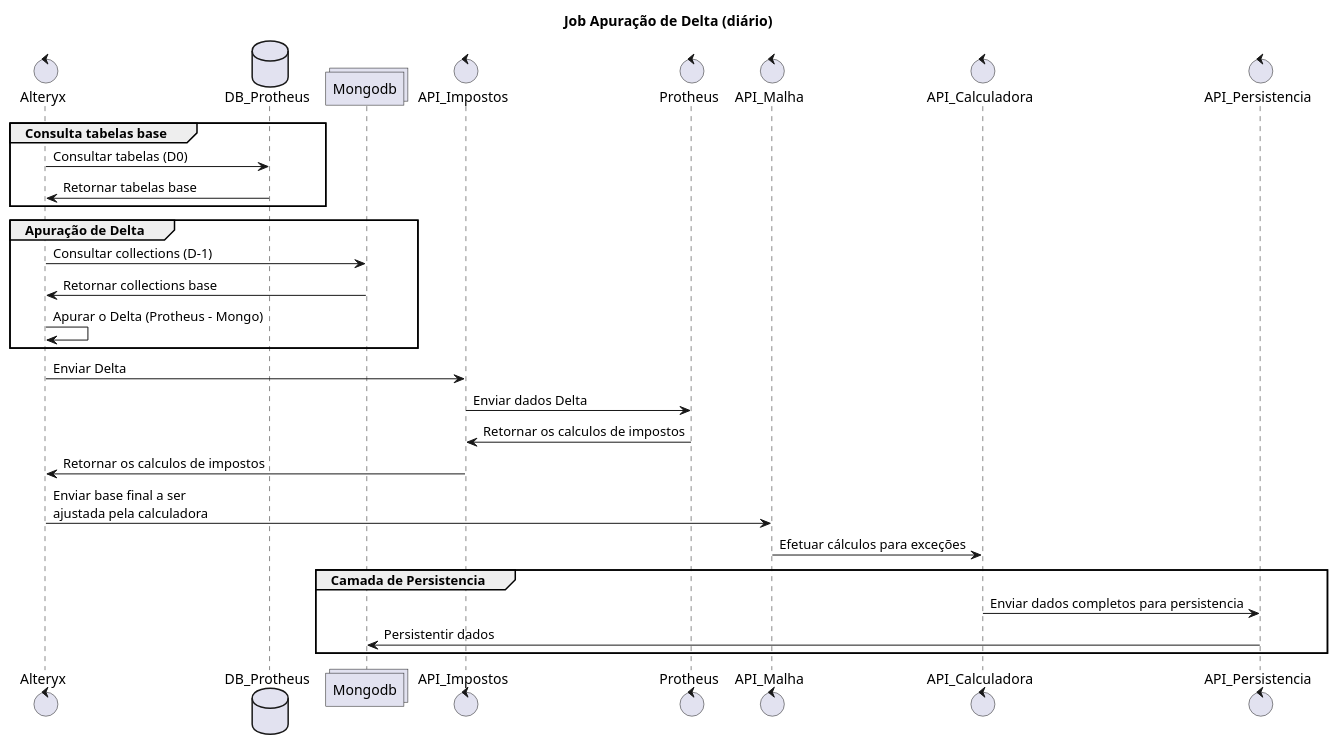
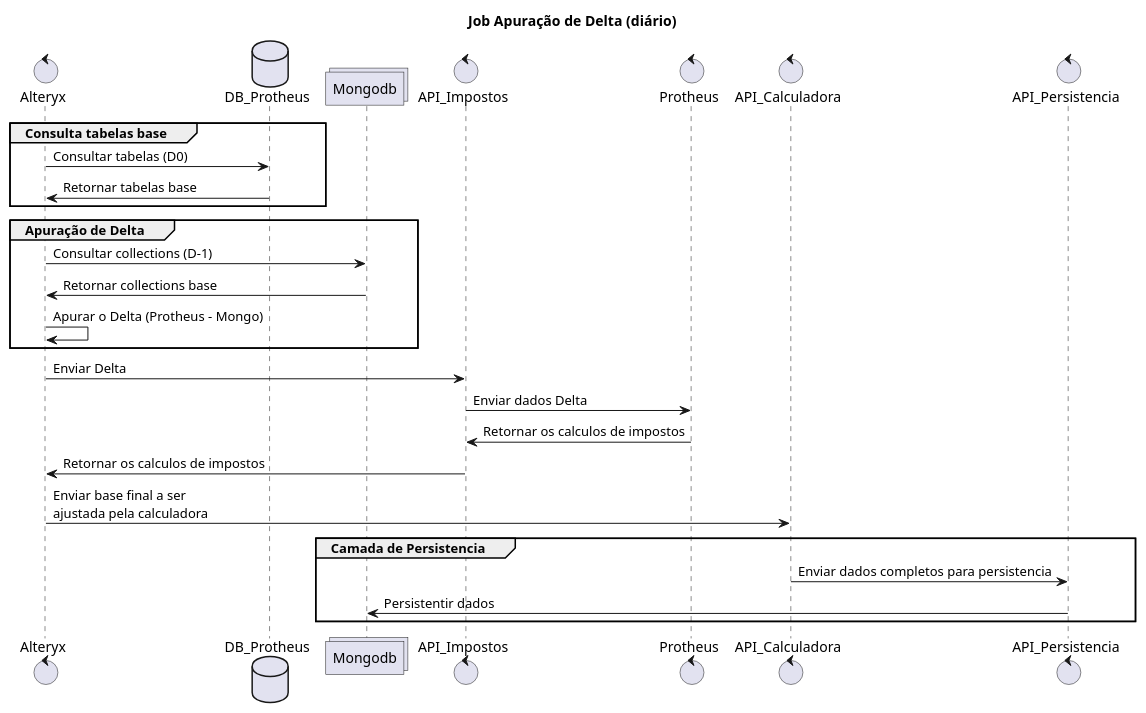
The diagram in diagrams/elfa/elfa-uc-diario.wsd (acnaweb/aidda), drawn with PlantUML before and after one commit. The commit also changed 9 other files, not shown here.

```diff
--- a/diagrams/elfa/elfa-uc-diario.wsd
+++ b/diagrams/elfa/elfa-uc-diario.wsd
@@ -1,35 +1,33 @@
 @startuml elfa-job-diario
 title Job Apuração de Delta (diário)
 
 control     Alteryx as job
 database    DB_Protheus as db
 collections Mongodb as mongo
 control     API_Impostos as api_imposto
 control     Protheus as protheus
-control     API_Malha as api_malha
 control     API_Calculadora as api_calculadora
 control     API_Persistencia as api_persistencia
 
 group Consulta tabelas base
 job -> db: Consultar tabelas (D0)
 db -> job: Retornar tabelas base 
 end 
 
 group Apuração de Delta
 job -> mongo: Consultar collections (D-1)
 mongo -> job: Retornar collections base
 job -> job: Apurar o Delta (Protheus - Mongo)
 end
 
 job ->  api_imposto: Enviar Delta
 api_imposto -> protheus: Enviar dados Delta
 protheus -> api_imposto: Retornar os calculos de impostos
 api_imposto -> job: Retornar os calculos de impostos
-job -> api_malha: Enviar base final a ser \najustada pela calculadora
-api_malha -> api_calculadora: Efetuar cálculos para exceções
+job -> api_calculadora: Enviar base final a ser \najustada pela calculadora
 
 group Camada de Persistencia
 api_calculadora -> api_persistencia: Enviar dados completos para persistencia
 api_persistencia -> mongo: Persistentir dados
 end
 @enduml
```
